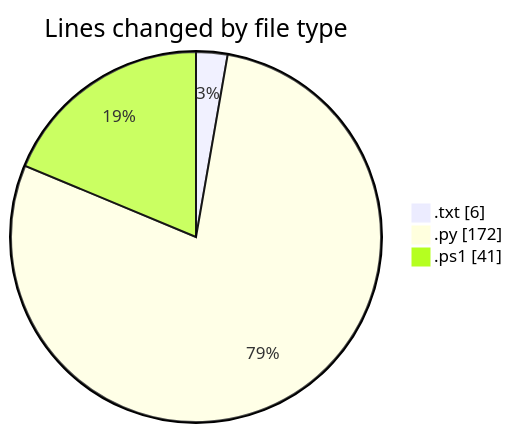
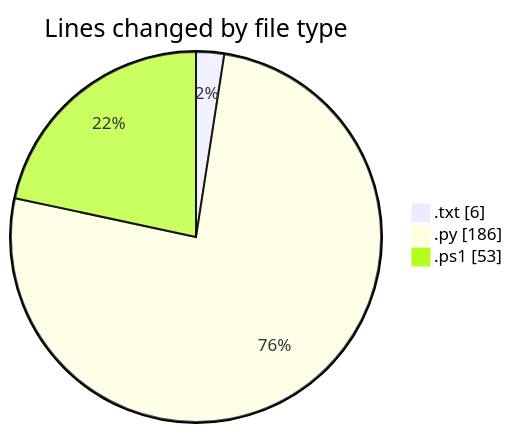
Before and after one commit to CELIANVF/code-tracking: the first of 2 diagrams in 2025-05-16/python_app_deploy/README.md, drawn with Mermaid. The commit also changed other lines of this file and 1 other file, not shown here.

````diff
--- a/2025-05-16/python_app_deploy/README.md
+++ b/2025-05-16/python_app_deploy/README.md
@@ -22,7 +22,7 @@
 ```mermaid
 pie showData
 title Lines changed by file type
 ".txt" : 6
-".py" : 172
-".ps1" : 41
+".py" : 186
+".ps1" : 53
 ```
````
